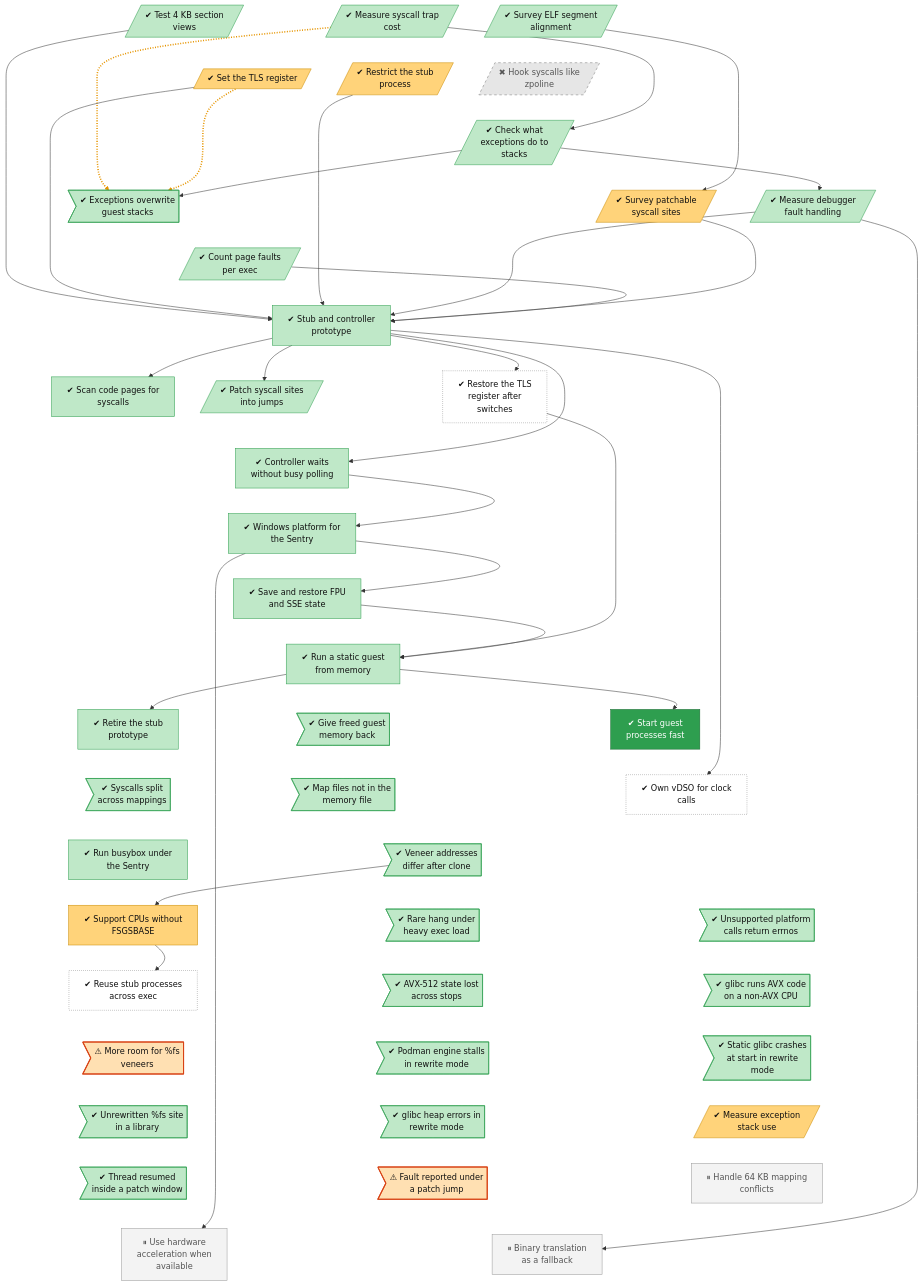
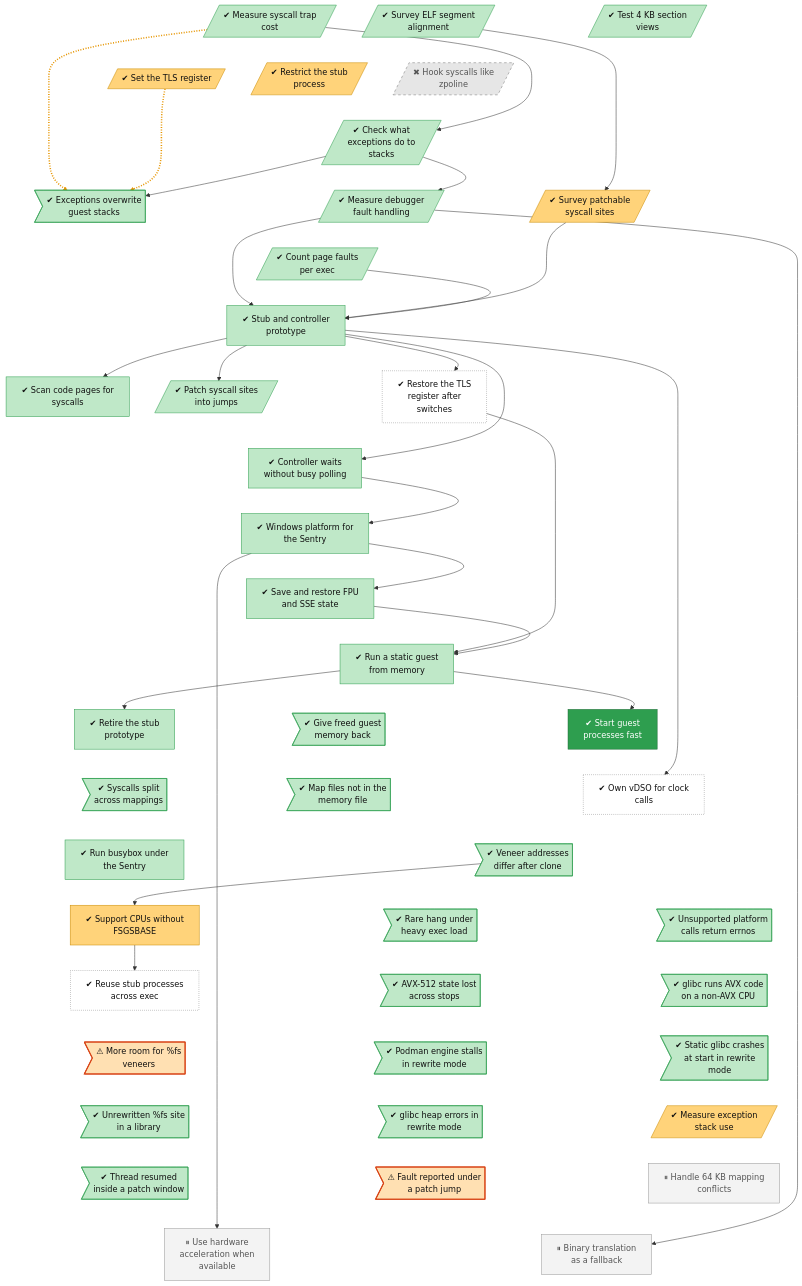
One commit to lhns/gvisor-windows changed the diagram in docs/roadmap/tracks/platform.md. Above: the diagram before and after it, drawn with Mermaid. The commit also changed 6 other files, not shown here.

```diff
--- a/docs/roadmap/tracks/platform.md
+++ b/docs/roadmap/tracks/platform.md
@@ -108,9 +108,6 @@
     platform_exception_stack --> platform_veh_on_guest_stack_unsafe
     platform_exception_stack --> platform_debug_event_cost
     platform_elf_alignment_survey --> platform_syscall_site_survey
-    platform_4k_section_views --> platform_stub_controller
-    platform_tls_register --> platform_stub_controller
-    platform_restricted_stub --> platform_stub_controller
     platform_debug_event_cost --> platform_stub_controller
     platform_syscall_site_survey --> platform_stub_controller
     platform_faults_per_exec --> platform_stub_controller
```
